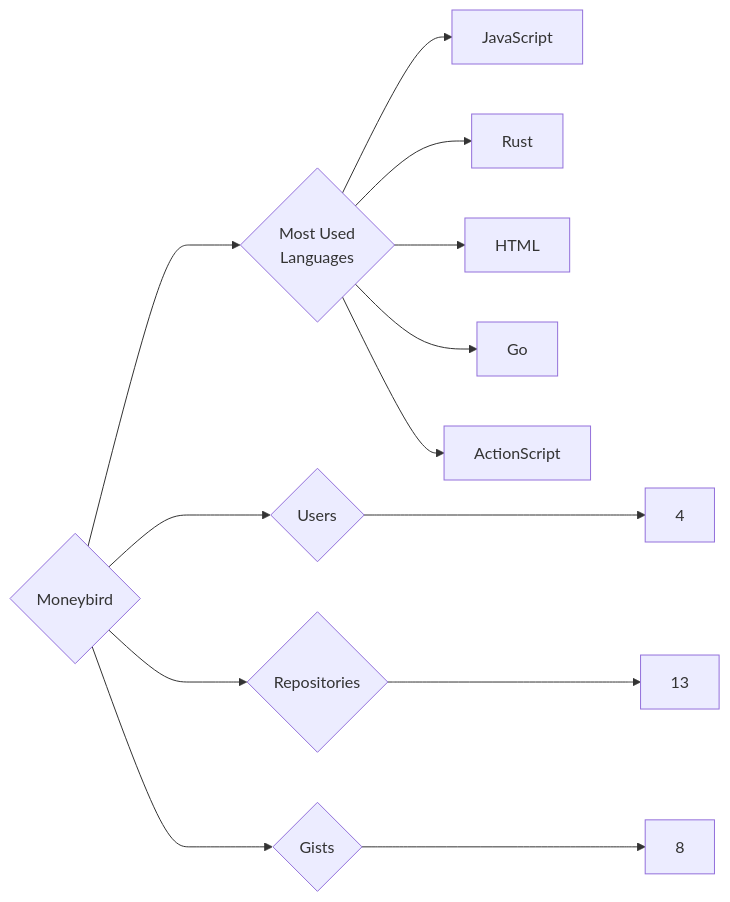
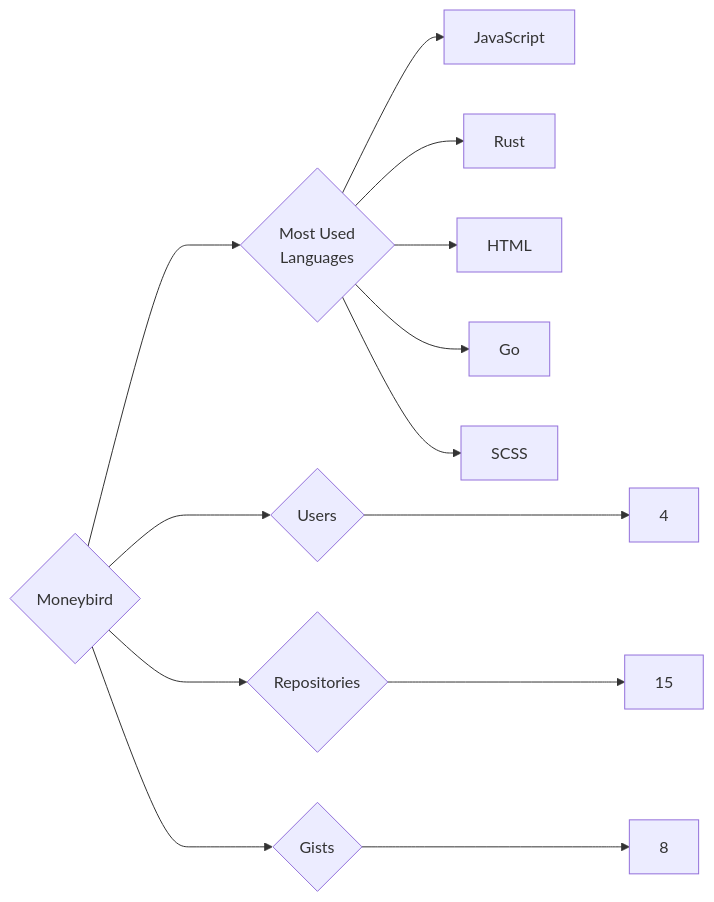
The diagram in targets/Moneybird/README.md (trickest/insiders), drawn with Mermaid before and after one commit. The commit also changed 1479 other files, not shown here.

````diff
--- a/targets/Moneybird/README.md
+++ b/targets/Moneybird/README.md
@@ -3,13 +3,13 @@
 ```mermaid
 graph LR
 COMPANY_NAME{Moneybird}
 COMPANY_NAME ---> U{Users} ---> UN[4]
-COMPANY_NAME ---> R{Repositories} ---> RN[13]
+COMPANY_NAME ---> R{Repositories} ---> RN[15]
 COMPANY_NAME ---> G{Gists} ---> GN[8]
 COMPANY_NAME ---> ML{Most Used<br>Languages}
 ML --> JavaScript[JavaScript]
 ML --> Rust[Rust]
 ML --> HTML[HTML]
 ML --> Go[Go]
-ML --> ActionScript[ActionScript]
+ML --> SCSS[SCSS]
 ```
````
